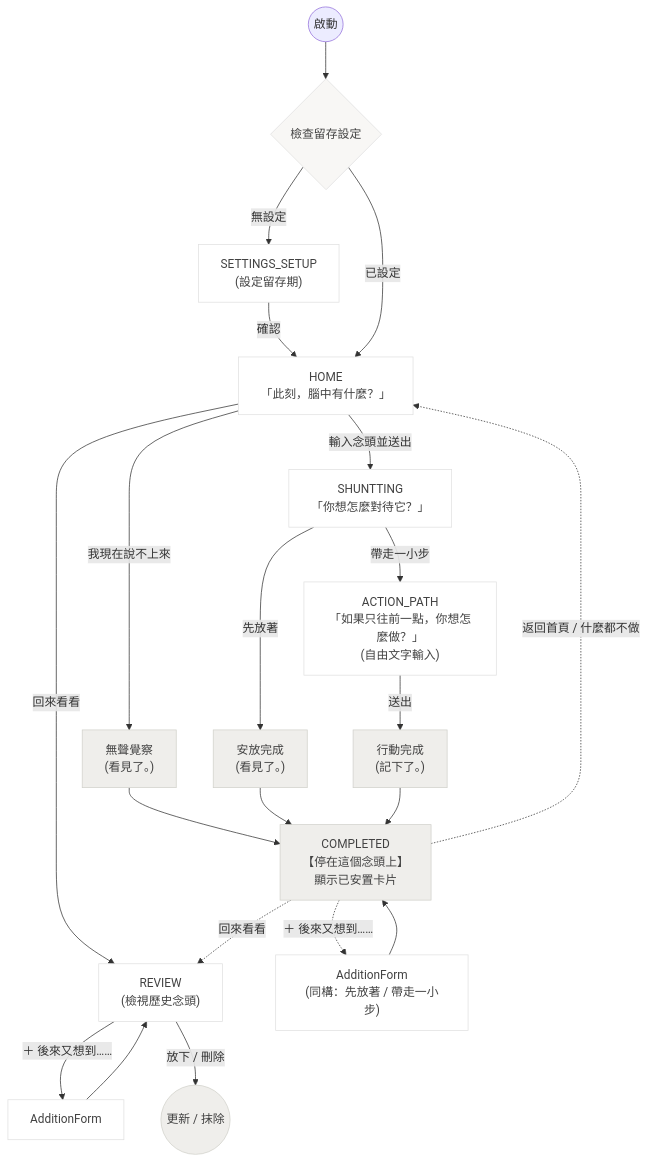
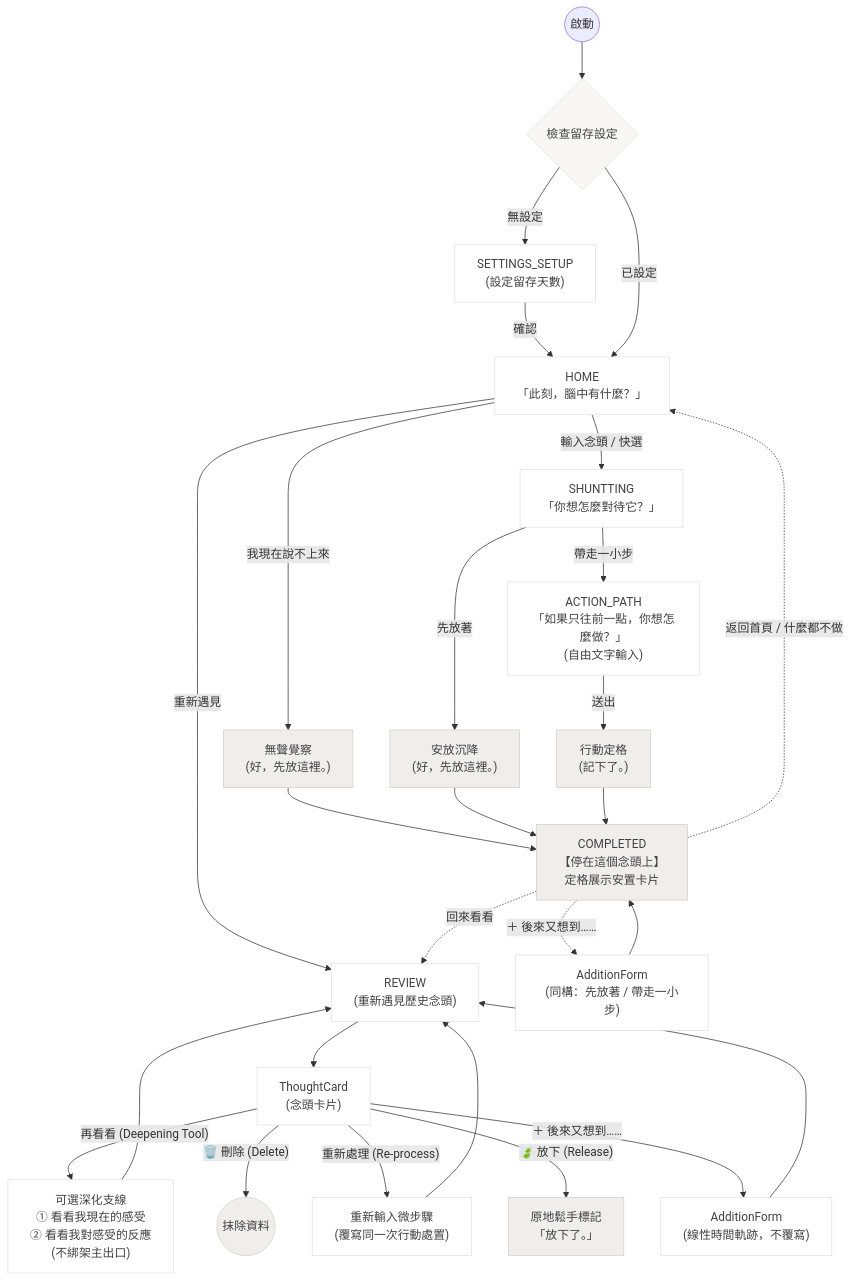
One commit to q5089877/privateMind changed the diagram in flow_diagram.md. Above: the diagram before and after it, drawn with Mermaid. The commit also changed 4 other files, not shown here.

Commit message:
refactor: update ceremony text to '好，先放這裡。' and align terminology to '重新遇見'

````diff
--- a/flow_diagram.md
+++ b/flow_diagram.md
@@ -1,43 +1,54 @@
 ```mermaid
 flowchart TD
     %% 進入點
     Start(("啟動")) --> InitCheck{"檢查留存設定"}
-    InitCheck -- "無設定" --> SETUP["SETTINGS_SETUP\n(設定留存期)"]
+    InitCheck -- "無設定" --> SETUP["SETTINGS_SETUP\n(設定留存天數)"]
     SETUP -- "確認" --> HOME
     InitCheck -- "已設定" --> HOME["HOME\n「此刻，腦中有什麼？」"]
 
     %% HOME 選擇
-    HOME -- "輸入念頭並送出" --> SHUNTTING["SHUNTTING\n「你想怎麼對待它？」"]
-    HOME -- "我現在說不上來" --> AWARENESS["無聲覺察\n(看見了。)"]
-    HOME -- "回來看看" --> REVIEW["REVIEW\n(檢視歷史念頭)"]
+    HOME -- "輸入念頭 / 快選" --> SHUNTTING["SHUNTTING\n「你想怎麼對待它？」"]
+    HOME -- "我現在說不上來" --> AWARENESS["無聲覺察\n(好，先放這裡。)"]
+    HOME -- "重新遇見" --> REVIEW["REVIEW\n(重新遇見歷史念頭)"]
 
     %% SHUNTTING 只有二選一
-    SHUNTTING -- "先放著" --> DEPOSIT_END["安放完成\n(看見了。)"]
+    SHUNTTING -- "先放著" --> DEPOSIT_END["安放沉降\n(好，先放這裡。)"]
     SHUNTTING -- "帶走一小步" --> ACTION_PATH["ACTION_PATH\n「如果只往前一點，你想怎麼做？」\n(自由文字輸入)"]
-    ACTION_PATH -- "送出" --> ACTION_END["行動完成\n(記下了。)"]
+    ACTION_PATH -- "送出" --> ACTION_END["行動定格\n(記下了。)"]
 
     %% 儀式與定格停靠
-    AWARENESS --> COMPLETED["COMPLETED\n【停在這個念頭上】\n顯示已安置卡片"]
+    AWARENESS --> COMPLETED["COMPLETED\n【停在這個念頭上】\n定格展示安置卡片"]
     DEPOSIT_END --> COMPLETED
     ACTION_END --> COMPLETED
 
-    %% 停靠後的三個安靜出口
+    %% 停靠後出口
     COMPLETED -. "＋ 後來又想到……" .-> ADDITION["AdditionForm\n(同構：先放著 / 帶走一小步)"]
     ADDITION --> COMPLETED
     COMPLETED -. "回來看看" .-> REVIEW
     COMPLETED -. "返回首頁 / 什麼都不做" .-> HOME
 
-    %% 回望
-    REVIEW -- "＋ 後來又想到……" --> ADDITION_REVIEW["AdditionForm"]
+    %% 重新遇見 (REVIEW) 與卡片互動模組
+    REVIEW --> TCARD["ThoughtCard\n(念頭卡片)"]
+    
+    %% 卡片四大支線操作
+    TCARD -- "＋ 後來又想到……" --> ADDITION_REVIEW["AdditionForm\n(線性時間軌跡，不覆寫)"]
     ADDITION_REVIEW --> REVIEW
-    REVIEW -- "放下 / 刪除" --> REVIEW_MANAGE(("更新 / 抹除"))
     
-    %% Style tweaks
+    TCARD -- "重新處理 (Re-process)" --> REPROCESS["重新輸入微步驟\n(覆寫同一次行動處置)"]
+    REPROCESS --> REVIEW
+    
+    TCARD -- "再看看 (Deepening Tool)" --> DEEPEN["可選深化支線\n① 看看我現在的感受\n② 看看我對感受的反應\n(不綁架主出口)"]
+    DEEPEN --> REVIEW
+
+    TCARD -- "🍃 放下 (Release)" --> RELEASE_STATE["原地鬆手標記\n「放下了。」"]
+    TCARD -- "🗑️ 刪除 (Delete)" --> DELETE_STATE(("抹除資料"))
+
+    %% 樣式定義
     classDef state fill:#FFFFFF,stroke:#E0E0E0,stroke-width:1px,color:#424242;
     classDef decision fill:#F8F7F5,stroke:#E0E0E0,stroke-width:1px,color:#424242,shape:hexagon;
     classDef ending fill:#EFEEEB,stroke:#D1D1CB,stroke-width:1px,color:#424242;
     
-    class HOME,SHUNTTING,ACTION_PATH,REVIEW,SETUP,ADDITION,ADDITION_REVIEW state;
+    class HOME,SHUNTTING,ACTION_PATH,REVIEW,SETUP,ADDITION,ADDITION_REVIEW,TCARD,REPROCESS,DEEPEN state;
     class InitCheck decision;
-    class COMPLETED,DEPOSIT_END,ACTION_END,AWARENESS,REVIEW_MANAGE ending;
+    class COMPLETED,DEPOSIT_END,ACTION_END,AWARENESS,RELEASE_STATE,DELETE_STATE ending;
 ```
````
